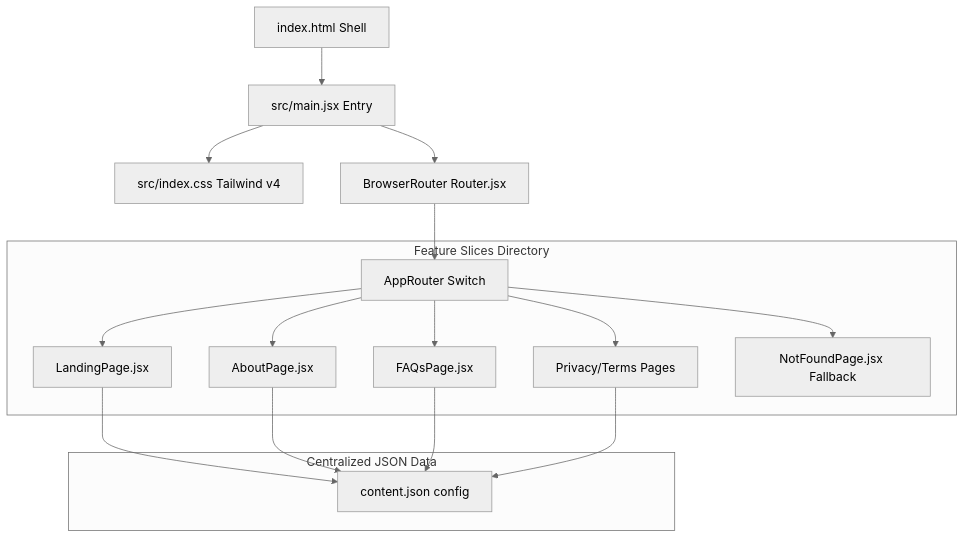
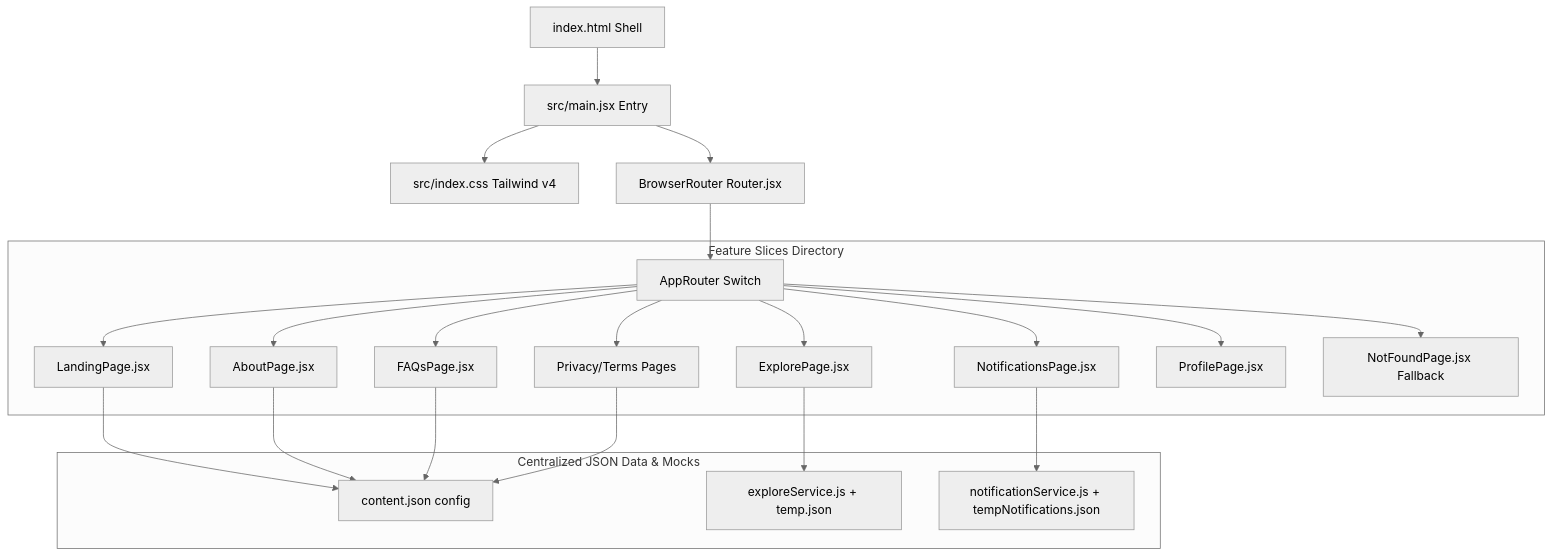
One commit to NearGrab/Neargrab-Frontend changed the diagram in docs/architecture.md. Above: the diagram before and after it, drawn with Mermaid (neutral theme). The commit also changed other lines of this file and 18 other files, not shown here.

Commit message:
Notification page completed with bottom navbar and other important things

````diff
--- a/docs/architecture.md
+++ b/docs/architecture.md
@@ -11,19 +11,24 @@
 ```mermaid
 graph TD
     HTML[index.html Shell] --> Main[src/main.jsx Entry]
     Main --> CSS[src/index.css Tailwind v4]
     Main --> RouterContainer[BrowserRouter Router.jsx]
     RouterContainer --> AppRouter[AppRouter Switch]
     
     subgraph Slices [Feature Slices Directory]
         AppRouter --> LP[LandingPage.jsx]
         AppRouter --> AP[AboutPage.jsx]
         AppRouter --> FP[FAQsPage.jsx]
         AppRouter --> PP[Privacy/Terms Pages]
+        AppRouter --> EP[ExplorePage.jsx]
+        AppRouter --> NTP[NotificationsPage.jsx]
+        AppRouter --> PFP[ProfilePage.jsx]
         AppRouter --> NP[NotFoundPage.jsx Fallback]
     end
 
-    subgraph Data Layer [Centralized JSON Data]
+    subgraph Data Layer [Centralized JSON Data & Mocks]
         LP & AP & FP & PP --> content[content.json config]
+        EP --> exploreService[exploreService.js + temp.json]
+        NTP --> notificationService[notificationService.js + tempNotifications.json]
     end
 ```
````
